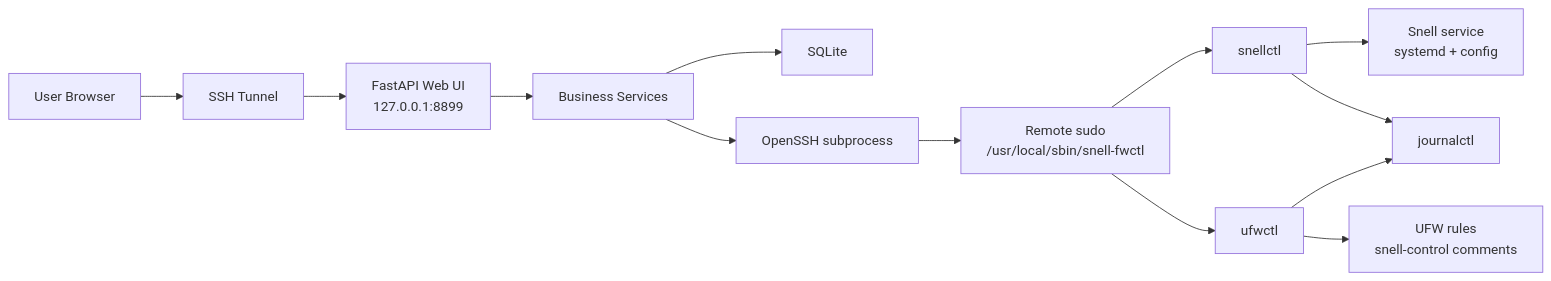
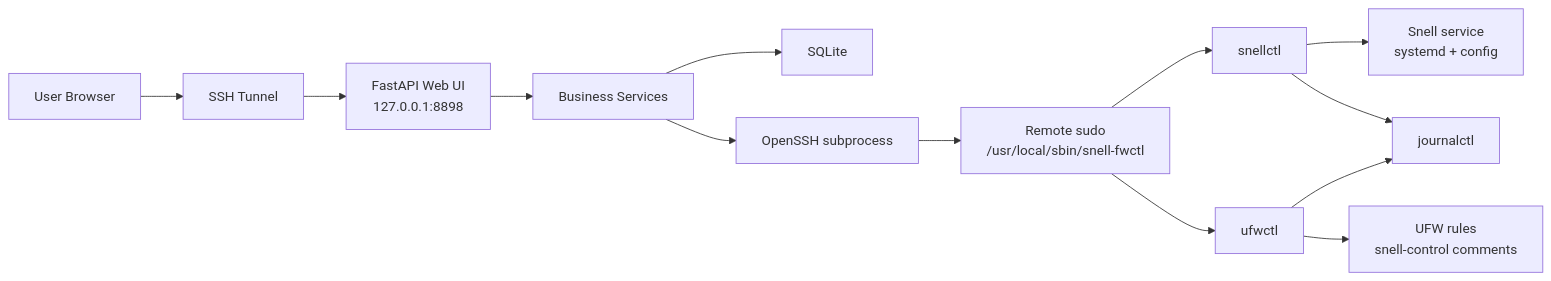
Before and after one commit to lostornot/snell-ufw-manager: the diagram in docs/superpowers/specs/2026-06-26-snell-ufw-control-design.md, drawn with Mermaid. The commit also changed other lines of this file and 8 other files, not shown here.

````diff
--- a/docs/superpowers/specs/2026-06-26-snell-ufw-control-design.md
+++ b/docs/superpowers/specs/2026-06-26-snell-ufw-control-design.md
@@ -27,15 +27,15 @@
 ```mermaid
 flowchart LR
     User["User Browser"] --> Tunnel["SSH Tunnel"]
-    Tunnel --> Web["FastAPI Web UI<br/>127.0.0.1:8899"]
+    Tunnel --> Web["FastAPI Web UI<br/>127.0.0.1:8898"]
     Web --> Services["Business Services"]
     Services --> DB["SQLite"]
     Services --> SSH["OpenSSH subprocess"]
     SSH --> Entry["Remote sudo<br/>/usr/local/sbin/snell-fwctl"]
     Entry --> SnellCtl["snellctl"]
     Entry --> UfwCtl["ufwctl"]
     SnellCtl --> Snell["Snell service<br/>systemd + config"]
     UfwCtl --> UFW["UFW rules<br/>snell-control comments"]
     SnellCtl --> Journal["journalctl"]
     UfwCtl --> Journal
 ```
````
